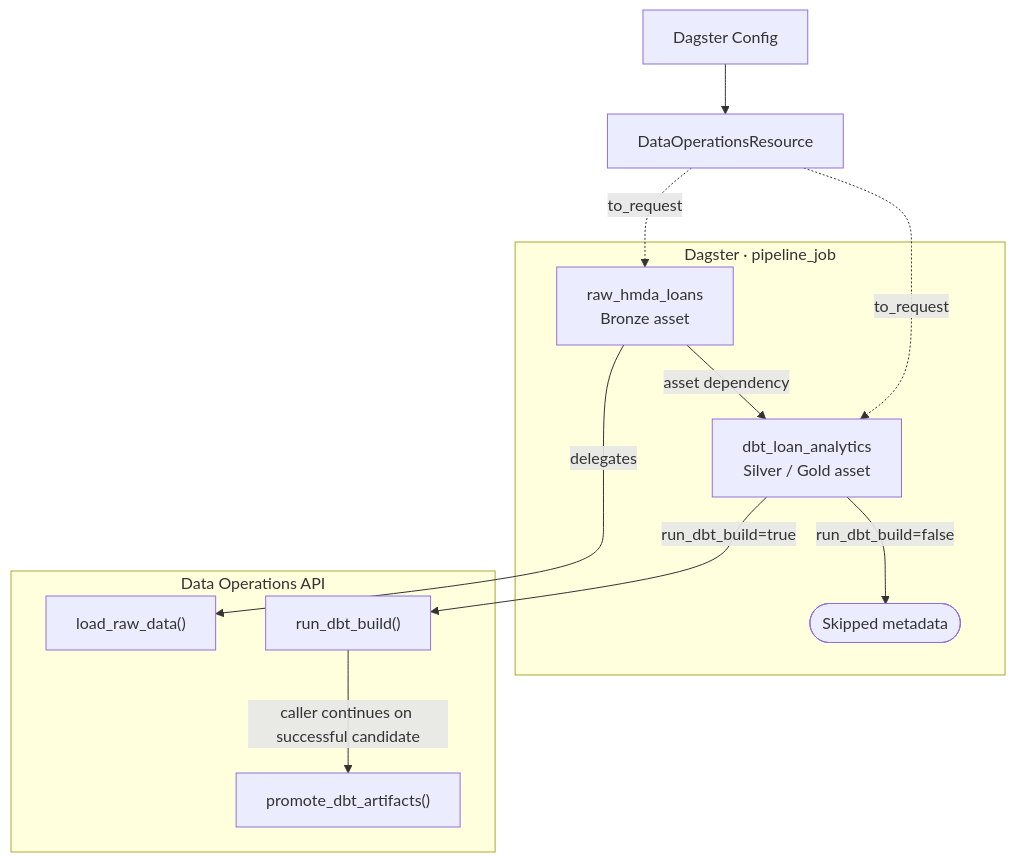
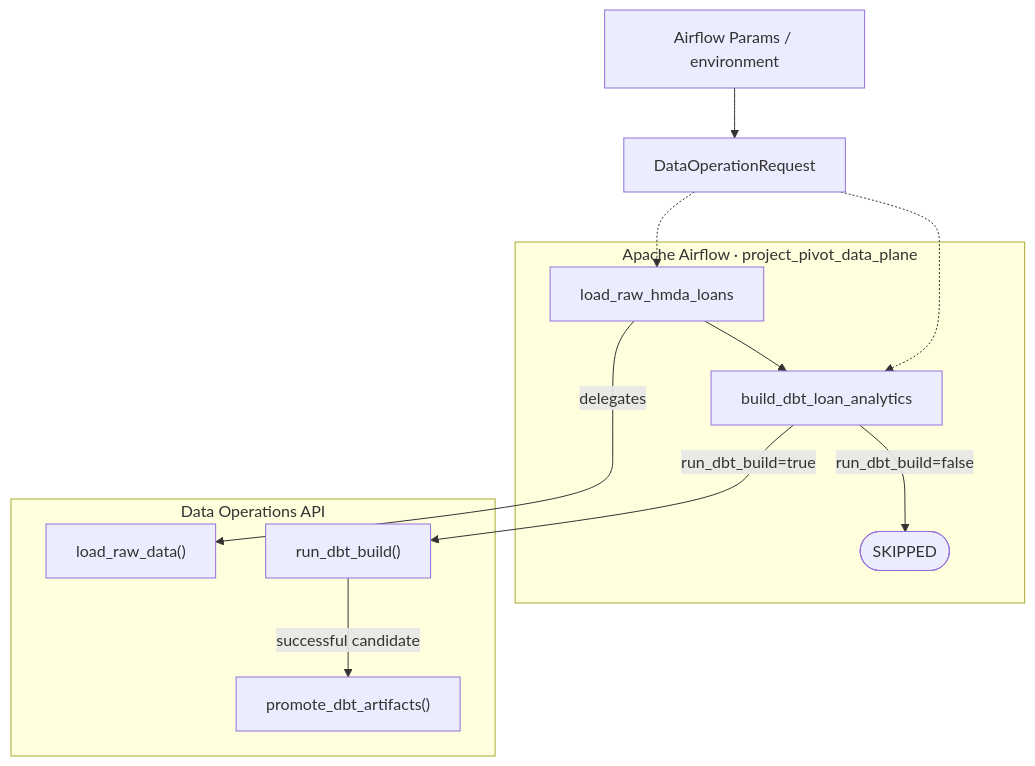
Before and after one commit to mols3131d/hmda-data-reliability: the diagram in docs/domains/orchestration.md, drawn with Mermaid. The commit also changed other lines of this file and 34 other files, not shown here.

````diff
--- a/docs/domains/orchestration.md
+++ b/docs/domains/orchestration.md
@@ -23,19 +23,19 @@
 ```mermaid
 flowchart TB
-    config["Dagster Config"] --> resource["DataOperationsResource"]
+    config["Airflow Params / environment"] --> request["DataOperationRequest"]
 
-    subgraph dagster ["Dagster · pipeline_job"]
-        raw["raw_hmda_loans<br/>Bronze asset"] -->|asset dependency| dbt["dbt_loan_analytics<br/>Silver / Gold asset"]
-        dbt -->|run_dbt_build=false| skipped(["Skipped metadata"])
+    subgraph airflow ["Apache Airflow · project_pivot_data_plane"]
+        raw["load_raw_hmda_loans"] --> analytics["build_dbt_loan_analytics"]
+        analytics -->|run_dbt_build=false| skipped(["SKIPPED"])
     end
 
     subgraph application ["Data Operations API"]
         load["load_raw_data()"]
-        build["run_dbt_build()"] -->|caller continues on successful candidate| promote["promote_dbt_artifacts()"]
+        build["run_dbt_build()"] -->|successful candidate| promote["promote_dbt_artifacts()"]
     end
 
-    resource -.->|to_request| raw
-    resource -.->|to_request| dbt
+    request -.-> raw
+    request -.-> analytics
     raw -->|delegates| load
-    dbt -->|run_dbt_build=true| build
+    analytics -->|run_dbt_build=true| build
 ```
````
